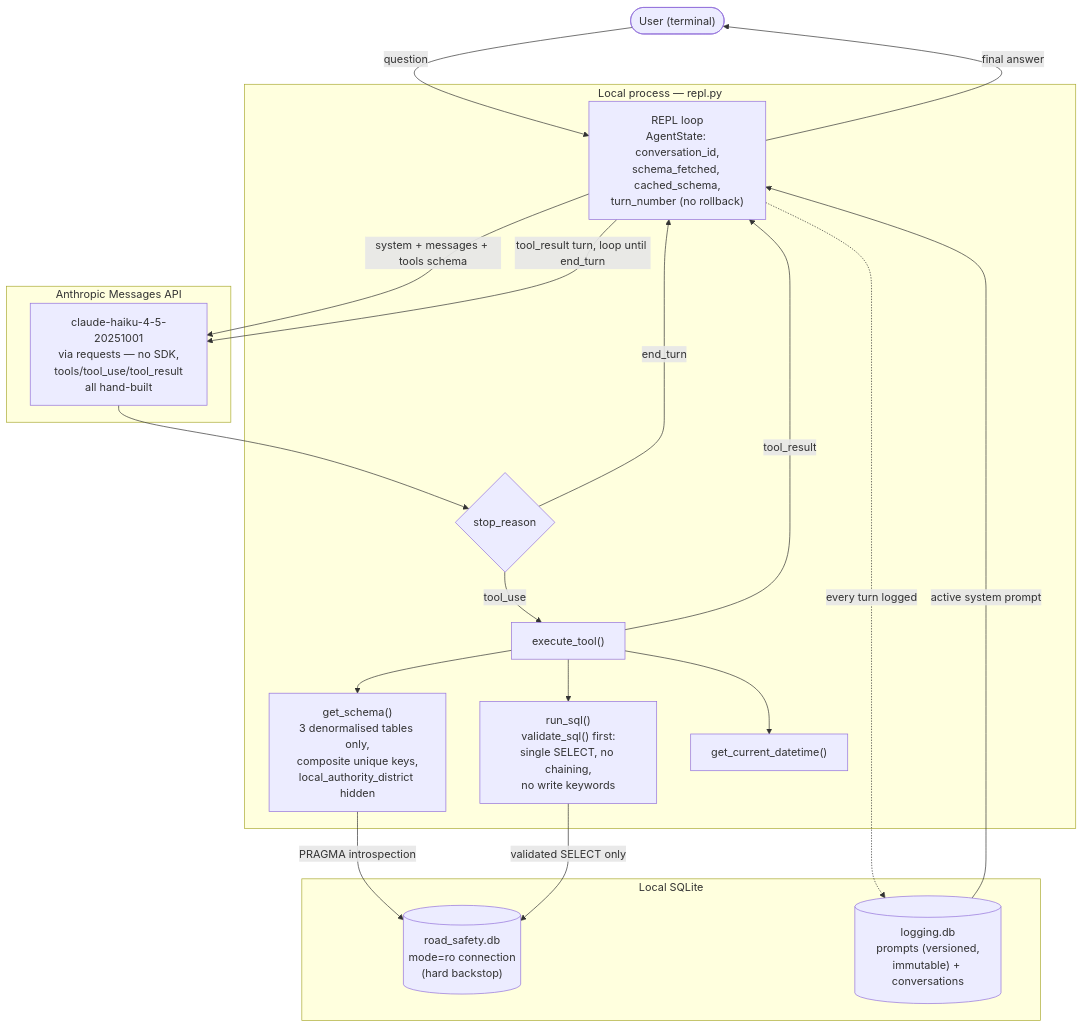
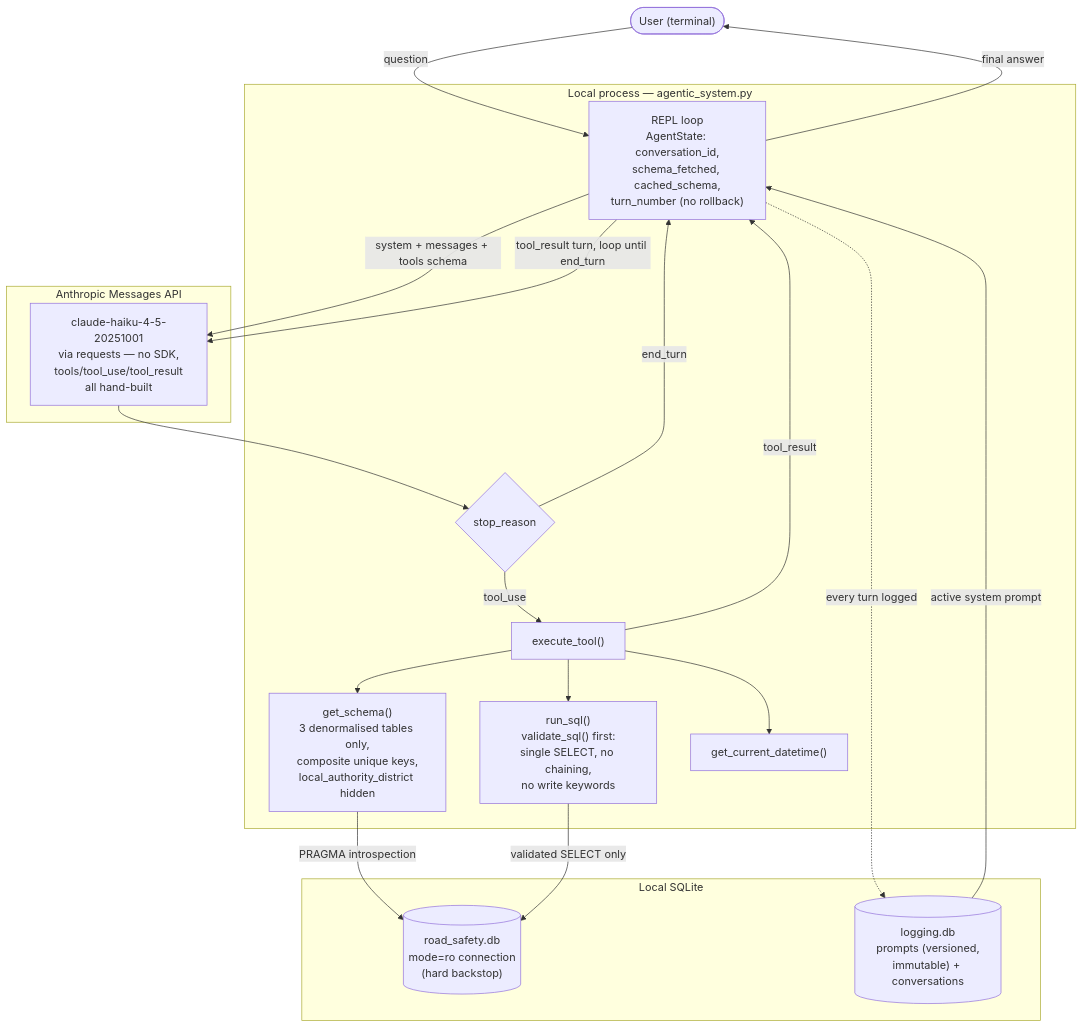
Before and after one commit to LittleRabbitFooFoo/agentic-ai: the diagram in README.md, drawn with Mermaid. The commit also changed other lines of this file and 4 other files, not shown here.

First line of the commit message:
Rename repl.py to agentic_system.py

````diff
--- a/README.md
+++ b/README.md
@@ -22,36 +22,36 @@
 ```mermaid
 flowchart TD
     User(["User (terminal)"])
 
-    subgraph Local["Local process — repl.py"]
+    subgraph Local["Local process — agentic_system.py"]
         REPL["REPL loop<br/>AgentState: conversation_id,<br/>schema_fetched, cached_schema,<br/>turn_number (no rollback)"]
         Dispatch{"stop_reason"}
         Tools["execute_tool()"]
         GetSchema["get_schema()<br/>3 denormalised tables only,<br/>composite unique keys,<br/>local_authority_district hidden"]
         RunSql["run_sql()<br/>validate_sql() first:<br/>single SELECT, no chaining,<br/>no write keywords"]
         DateTime["get_current_datetime()"]
     end
 
     subgraph Remote["Anthropic Messages API"]
         API["claude-haiku-4-5-20251001<br/>via requests — no SDK,<br/>tools/tool_use/tool_result<br/>all hand-built"]
     end
 
     subgraph Data["Local SQLite"]
         STATS19[("road_safety.db<br/>mode=ro connection<br/>(hard backstop)")]
         LoggingDB[("logging.db<br/>prompts (versioned,<br/>immutable) + conversations")]
     end
 
     User -->|question| REPL
     LoggingDB -->|active system prompt| REPL
     REPL -->|system + messages + tools schema| API
     API --> Dispatch
     Dispatch -->|tool_use| Tools
     Dispatch -->|end_turn| REPL
     Tools --> GetSchema & RunSql & DateTime
     GetSchema -->|PRAGMA introspection| STATS19
     RunSql -->|validated SELECT only| STATS19
     Tools -->|tool_result| REPL
     REPL -->|tool_result turn, loop until end_turn| API
     REPL -.->|every turn logged| LoggingDB
     REPL -->|final answer| User
 ```
````
